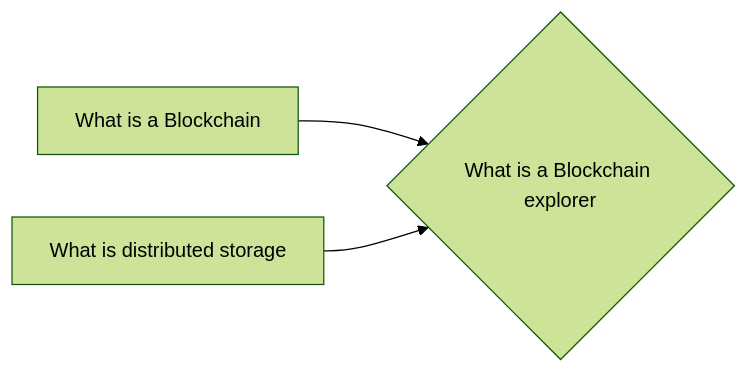
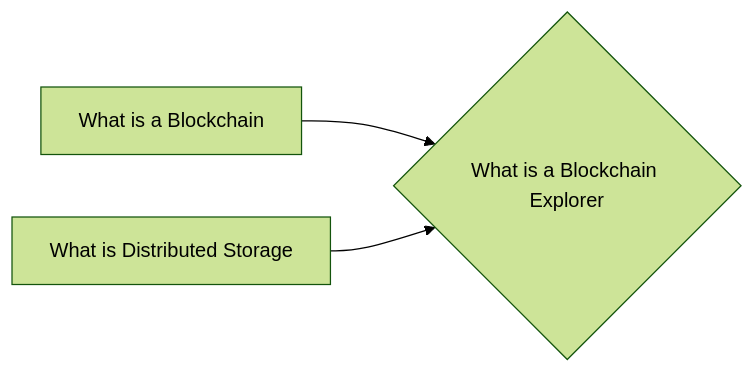
Before and after one commit to lpurdy01/crypto-knowledge-map: the diagram in notes/What_is_a_Blockchain_Explorer.md, drawn with Mermaid (forest theme). The commit also changed 50 other files, not shown here.

````diff
--- a/notes/What_is_a_Blockchain_Explorer.md
+++ b/notes/What_is_a_Blockchain_Explorer.md
@@ -10,5 +10,5 @@
 ```mermaid
 graph LR
-1["What is a Blockchain"]-->0{"What is a Blockchain explorer"}
-2["What is distributed storage"]-->0{"What is a Blockchain explorer"}
+1["What is a Blockchain"]-->0{"What is a Blockchain Explorer"}
+2["What is Distributed Storage"]-->0{"What is a Blockchain Explorer"}
 ```
````
